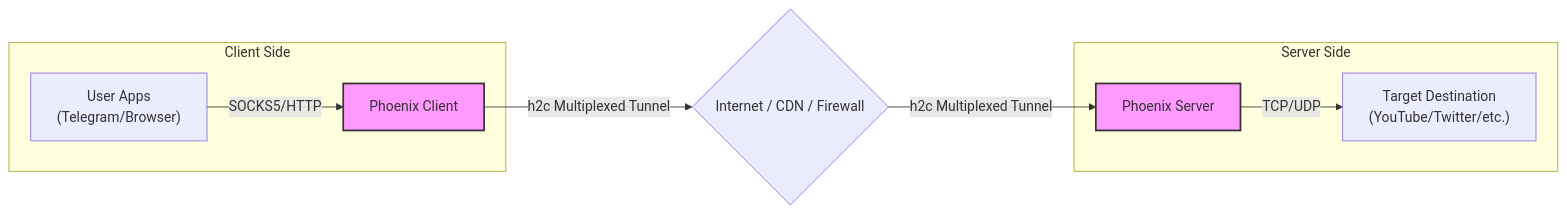
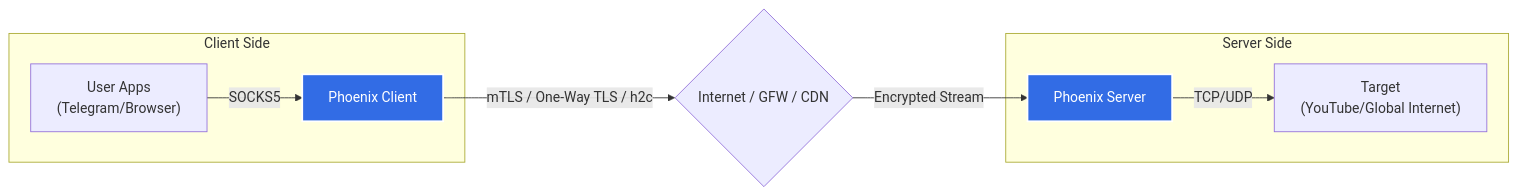
Before and after one commit to arta666/phoenix-android: the diagram in README.md, drawn with Mermaid. The commit also changed other lines of this file and 3 other files, not shown here.

Commit message:
Revamp Documentation with mTLS, One-Way TLS, and Circuit Breaker details

````diff
--- a/README.md
+++ b/README.md
@@ -27,16 +34,16 @@
 ```mermaid
 graph LR
     subgraph Client_Side [Client Side]
-        A["User Apps<br/>(Telegram/Browser)"] -->|SOCKS5/HTTP| B["Phoenix Client"]
+        A["User Apps<br/>(Telegram/Browser)"] -->|SOCKS5| B["Phoenix Client"]
     end
     
-    B -->|"h2c Multiplexed Tunnel"| C{"Internet / CDN / Firewall"}
-    C -->|"h2c Multiplexed Tunnel"| D["Phoenix Server"]
+    B -- "mTLS / One-Way TLS / h2c" --> C{"Internet / GFW / CDN"}
+    C -- "Encrypted Stream" --> D["Phoenix Server"]
     
     subgraph Server_Side [Server Side]
-        D -->|TCP/UDP| E["Target Destination<br/>(YouTube/Twitter/etc.)"]
+        D -->|TCP/UDP| E["Target<br/>(YouTube/Global Internet)"]
     end
     
-    style B fill:#f9f,stroke:#333,stroke-width:2px
-    style D fill:#f9f,stroke:#333,stroke-width:2px
+    style B fill:#326ce5,stroke:#fff,stroke-width:2px,color:#fff
+    style D fill:#326ce5,stroke:#fff,stroke-width:2px,color:#fff
 ```
````
